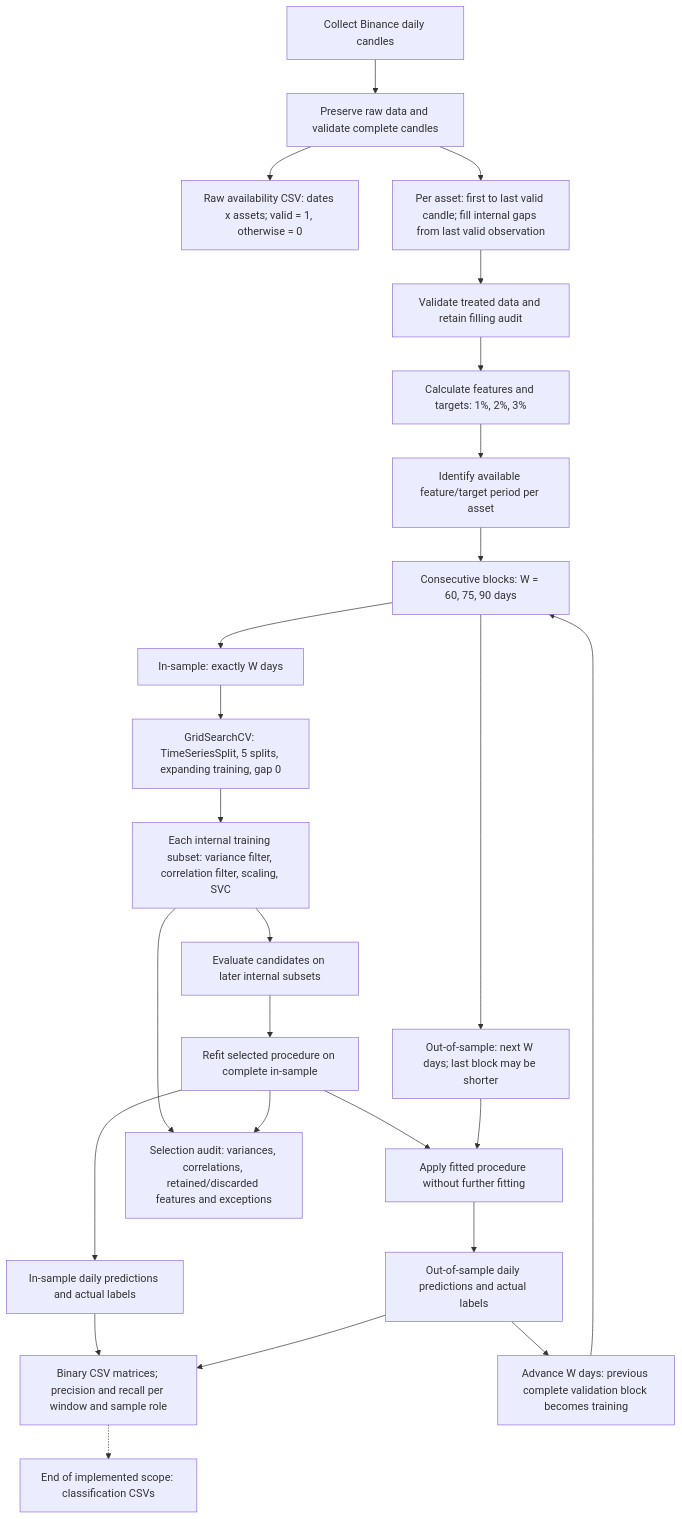
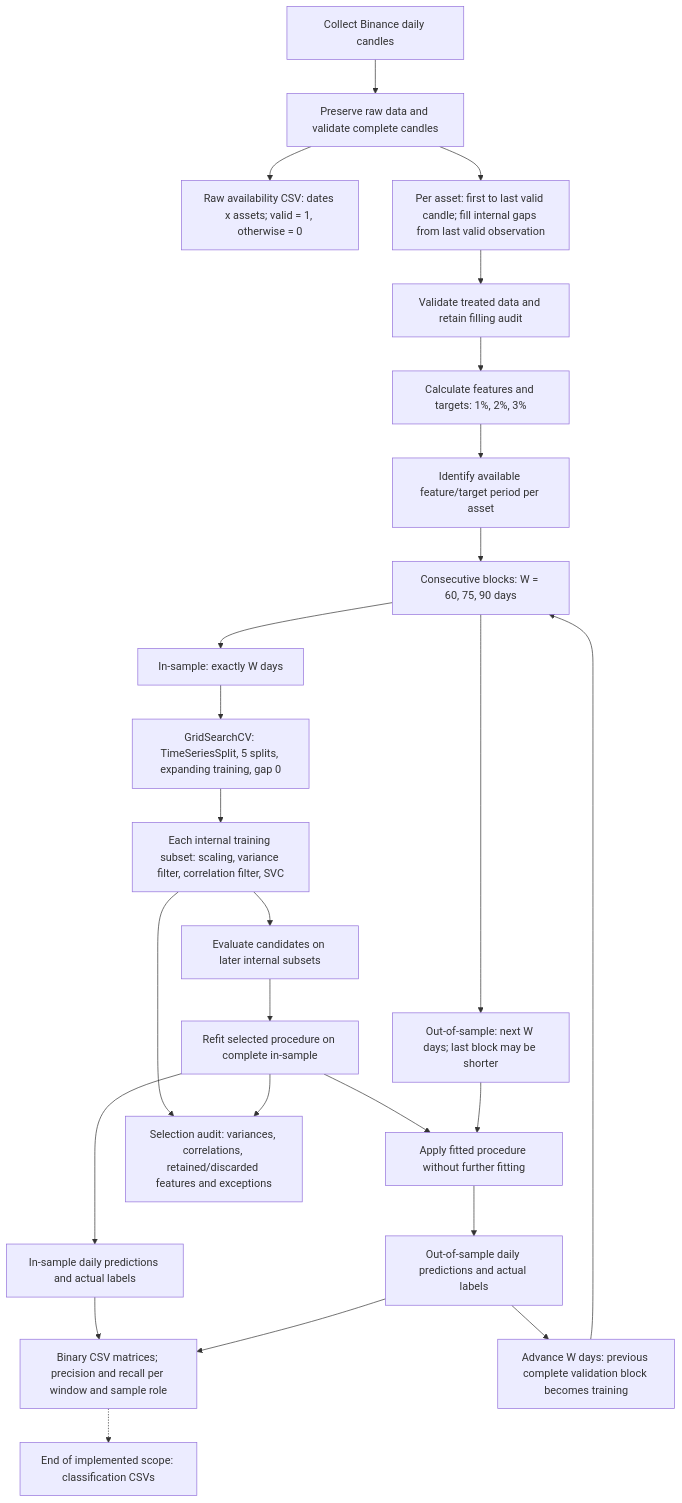
The diagram in docs/decisions/daily-block-window-experiment-diagram.md (marcelasilverio/tcc_crypto), drawn with Mermaid before and after one commit. The commit also changed 9 other files, not shown here.

````diff
--- a/docs/decisions/daily-block-window-experiment-diagram.md
+++ b/docs/decisions/daily-block-window-experiment-diagram.md
@@ -20,27 +20,27 @@
 ```mermaid
 flowchart TD
     A["Collect Binance daily candles"] --> B["Preserve raw data and validate complete candles"]
     B --> C["Raw availability CSV: dates x assets; valid = 1, otherwise = 0"]
     B --> D["Per asset: first to last valid candle; fill internal gaps from last valid observation"]
     D --> E["Validate treated data and retain filling audit"]
     E --> F["Calculate features and targets: 1%, 2%, 3%"]
     F --> G["Identify available feature/target period per asset"]
     G --> H["Consecutive blocks: W = 60, 75, 90 days"]
     H --> I["In-sample: exactly W days"]
     H --> J["Out-of-sample: next W days; last block may be shorter"]
     I --> K["GridSearchCV: TimeSeriesSplit, 5 splits, expanding training, gap 0"]
-    K --> L["Each internal training subset: variance filter, correlation filter, scaling, SVC"]
+    K --> L["Each internal training subset: scaling, variance filter, correlation filter, SVC"]
     L --> M["Evaluate candidates on later internal subsets"]
     M --> N["Refit selected procedure on complete in-sample"]
     N --> O["In-sample daily predictions and actual labels"]
     N --> P["Apply fitted procedure without further fitting"]
     J --> P
     P --> Q["Out-of-sample daily predictions and actual labels"]
     O --> R["Binary CSV matrices; precision and recall per window and sample role"]
     Q --> R
     L --> S["Selection audit: variances, correlations, retained/discarded features and exceptions"]
     N --> S
     Q --> T["Advance W days: previous complete validation block becomes training"]
     T --> H
     R -.-> U["End of implemented scope: classification CSVs"]
 ```
````
